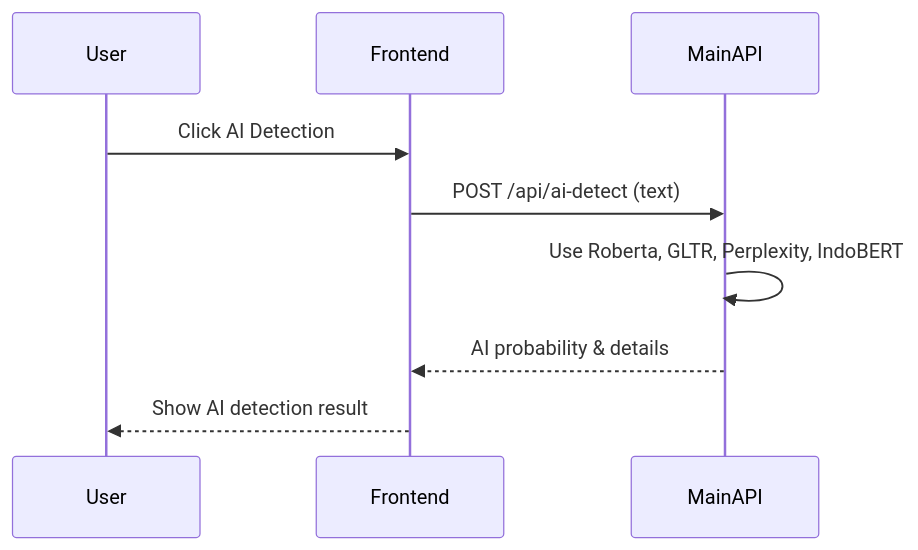
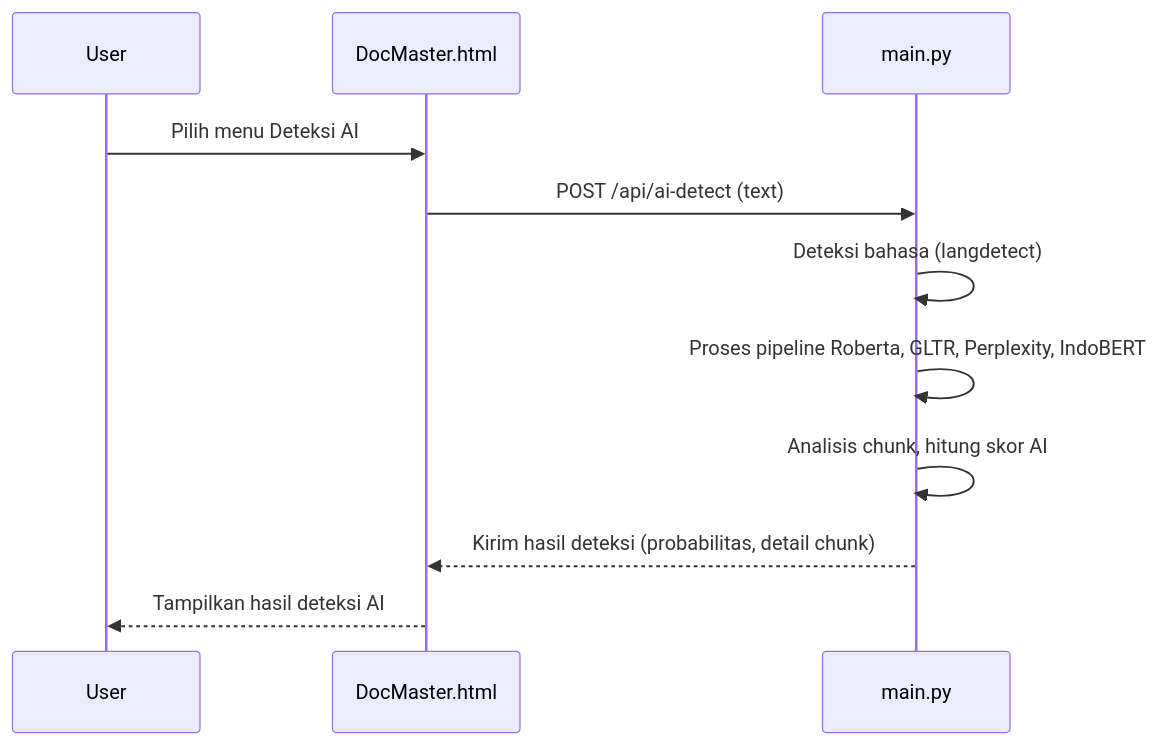
One commit to Ascalon984/DocFusionn changed the fourth of 5 diagrams in DocMaster_Flowchart.md. Above: the diagram before and after it, drawn with Mermaid. The commit also changed other lines of this file, not shown here.

````diff
--- a/DocMaster_Flowchart.md
+++ b/DocMaster_Flowchart.md
@@ -74,8 +55,13 @@
 ```mermaid
 sequenceDiagram
-    User->>Frontend: Click AI Detection
+    participant User
+    participant Frontend as DocMaster.html
+    participant MainAPI as main.py
+    User->>Frontend: Pilih menu Deteksi AI
     Frontend->>MainAPI: POST /api/ai-detect (text)
-    MainAPI->>MainAPI: Use Roberta, GLTR, Perplexity, IndoBERT
-    MainAPI-->>Frontend: AI probability & details
-    Frontend-->>User: Show AI detection result
+    MainAPI->>MainAPI: Deteksi bahasa (langdetect)
+    MainAPI->>MainAPI: Proses pipeline Roberta, GLTR, Perplexity, IndoBERT
+    MainAPI->>MainAPI: Analisis chunk, hitung skor AI
+    MainAPI-->>Frontend: Kirim hasil deteksi (probabilitas, detail chunk)
+    Frontend-->>User: Tampilkan hasil deteksi AI
 ```
````
